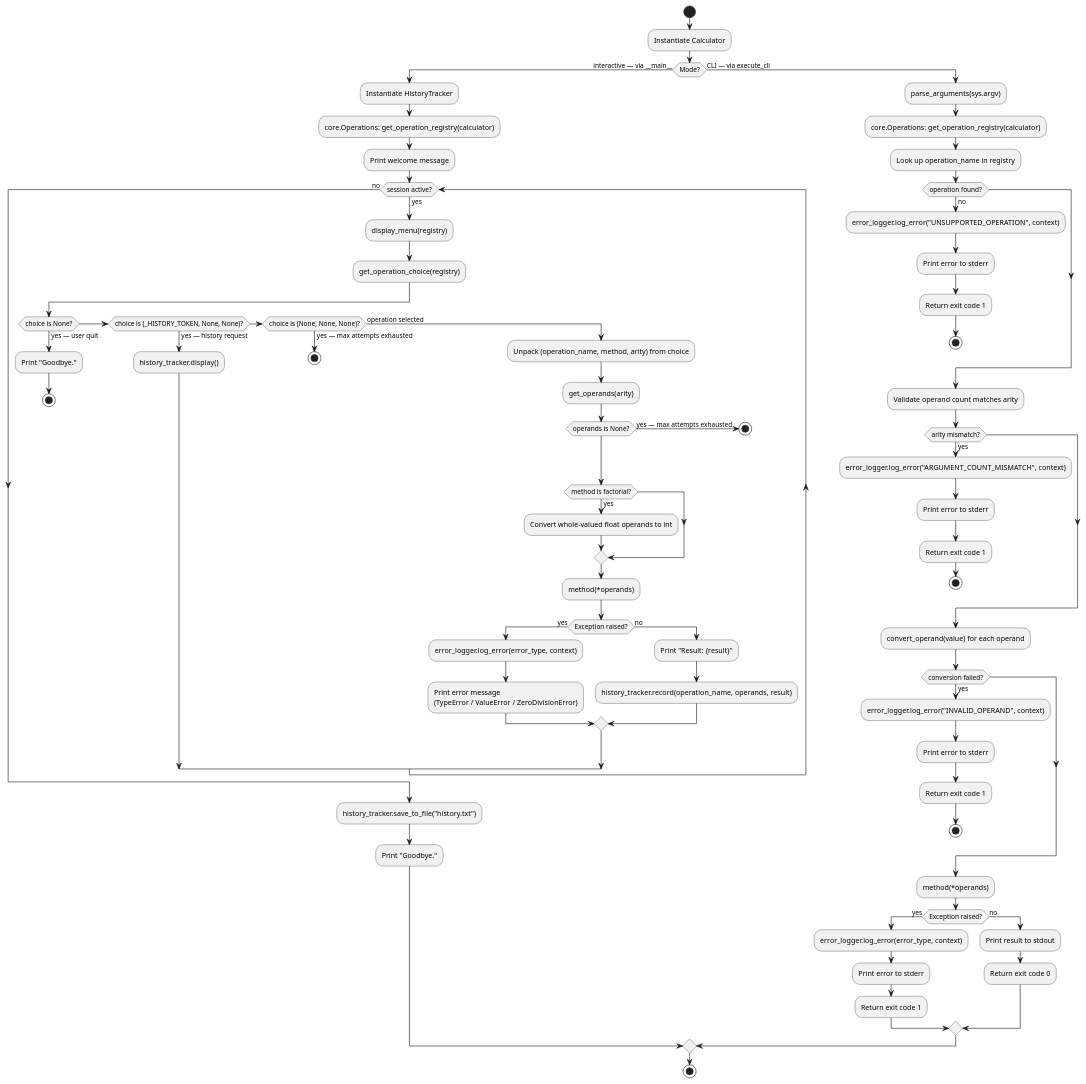
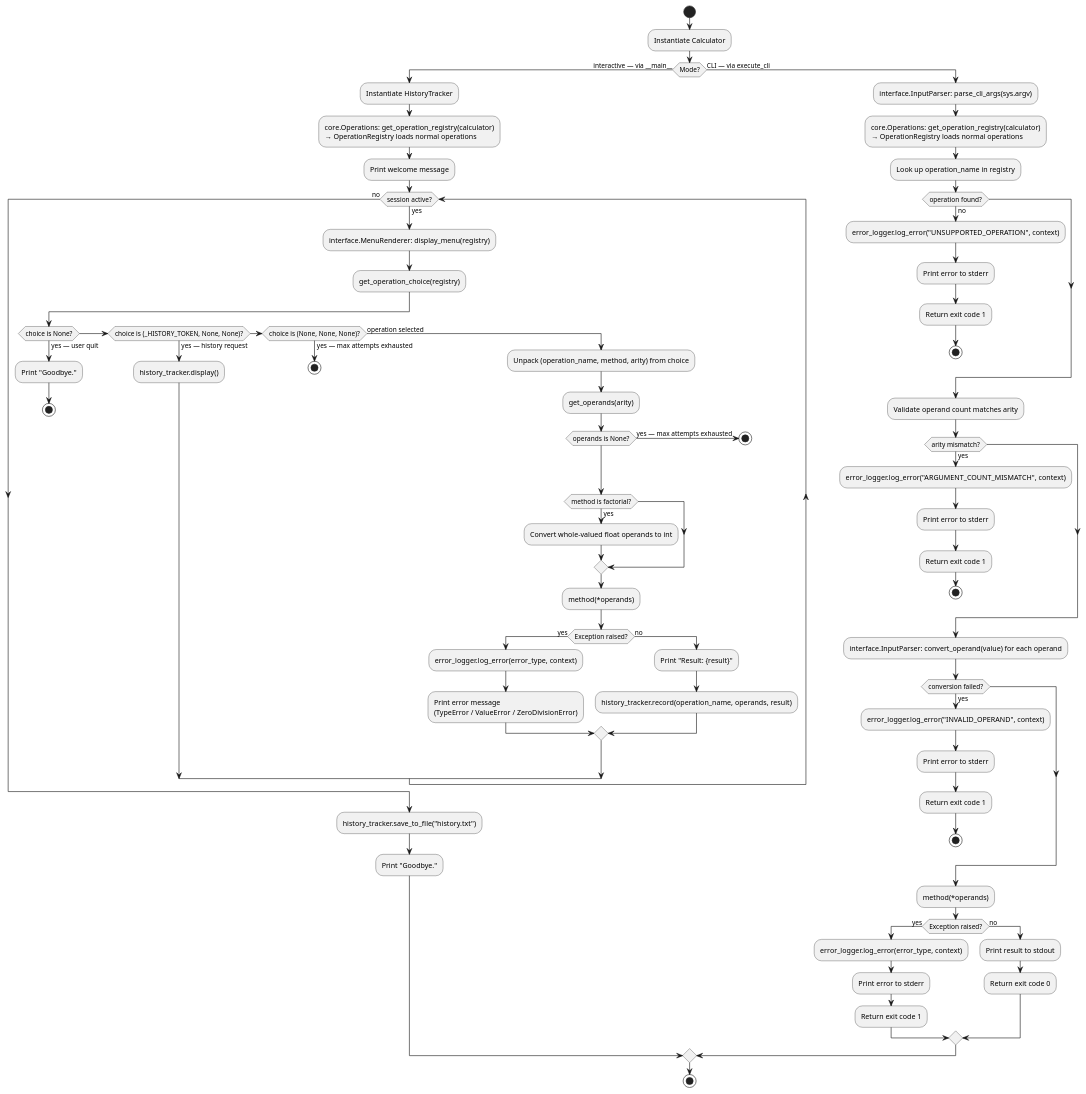
The diagram in artifacts/activity_diagram.puml (DanielRiha8906/Calculator_bachelor_autoevolution_team), drawn with PlantUML before and after one commit. The commit also changed 3 other files, not shown here.

First line of the commit message:
chore: update PlantUML diagrams

```diff
--- a/artifacts/activity_diagram.puml
+++ b/artifacts/activity_diagram.puml
@@ -1,97 +1,97 @@
 @startuml activity_diagram
 
 start
 
 :Instantiate Calculator;
 
 if (Mode?) then (interactive — via __main__)
 
     :Instantiate HistoryTracker;
-    :core.Operations: get_operation_registry(calculator);
+    :core.Operations: get_operation_registry(calculator)\n→ OperationRegistry loads normal operations;
     :Print welcome message;
 
     while (session active?) is (yes)
 
-        :display_menu(registry);
+        :interface.MenuRenderer: display_menu(registry);
         :get_operation_choice(registry);
 
         if (choice is None?) then (yes — user quit)
             :Print "Goodbye.";
             stop
         elseif (choice is (_HISTORY_TOKEN, None, None)?) then (yes — history request)
             :history_tracker.display();
         elseif (choice is (None, None, None)?) then (yes — max attempts exhausted)
             stop
         else (operation selected)
             :Unpack (operation_name, method, arity) from choice;
             :get_operands(arity);
 
             if (operands is None?) then (yes — max attempts exhausted)
                 stop
             endif
 
             if (method is factorial?) then (yes)
                 :Convert whole-valued float operands to int;
             endif
 
             :method(*operands);
 
             if (Exception raised?) then (yes)
                 :error_logger.log_error(error_type, context);
                 :Print error message\n(TypeError / ValueError / ZeroDivisionError);
             else (no)
                 :Print "Result: {result}";
                 :history_tracker.record(operation_name, operands, result);
             endif
         endif
 
     endwhile (no)
 
     :history_tracker.save_to_file("history.txt");
     :Print "Goodbye.";
 
 else (CLI — via execute_cli)
 
-    :parse_arguments(sys.argv);
-    :core.Operations: get_operation_registry(calculator);
+    :interface.InputParser: parse_cli_args(sys.argv);
+    :core.Operations: get_operation_registry(calculator)\n→ OperationRegistry loads normal operations;
 
     :Look up operation_name in registry;
     if (operation found?) then (no)
         :error_logger.log_error("UNSUPPORTED_OPERATION", context);
         :Print error to stderr;
         :Return exit code 1;
         stop
     endif
 
     :Validate operand count matches arity;
     if (arity mismatch?) then (yes)
         :error_logger.log_error("ARGUMENT_COUNT_MISMATCH", context);
         :Print error to stderr;
         :Return exit code 1;
         stop
     endif
 
-    :convert_operand(value) for each operand;
+    :interface.InputParser: convert_operand(value) for each operand;
     if (conversion failed?) then (yes)
         :error_logger.log_error("INVALID_OPERAND", context);
         :Print error to stderr;
         :Return exit code 1;
         stop
     endif
 
     :method(*operands);
 
     if (Exception raised?) then (yes)
         :error_logger.log_error(error_type, context);
         :Print error to stderr;
         :Return exit code 1;
     else (no)
         :Print result to stdout;
         :Return exit code 0;
     endif
 
 endif
 
 stop
 
 @enduml
```
